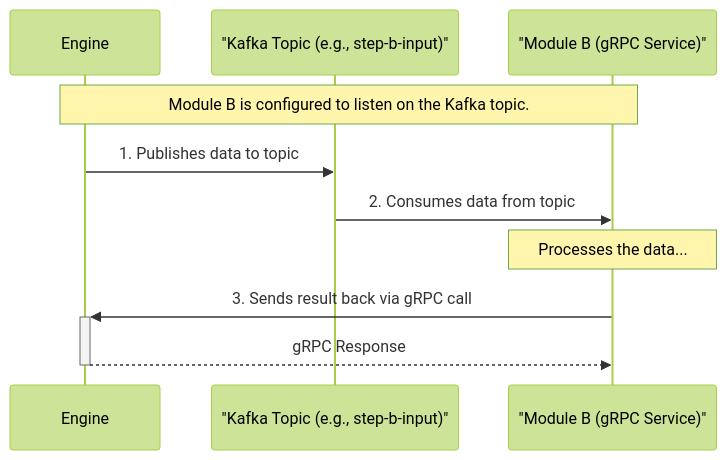
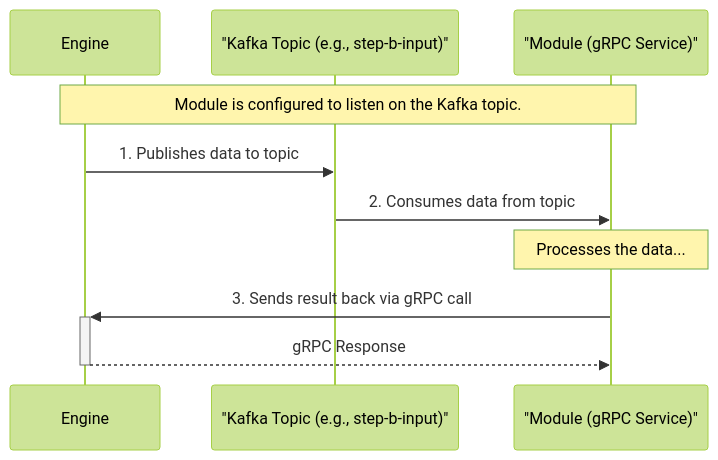
The tenth of 10 diagrams in ARCHITECTURE/Architecture_overview.md (krickert/rokkon), drawn with Mermaid (forest theme) before and after one commit. The commit also changed other lines of this file and 9 other files, not shown here.

````diff
--- a/ARCHITECTURE/Architecture_overview.md
+++ b/ARCHITECTURE/Architecture_overview.md
@@ -201,14 +201,14 @@
 ```mermaid
 sequenceDiagram
     participant Engine
     participant KafkaTopic as "Kafka Topic (e.g., step-b-input)"
-    participant ModuleB as "Module B (gRPC Service)"
+    participant Module as "Module (gRPC Service)"
 
-    Note over Engine, ModuleB: Module B is configured to listen on the Kafka topic.
+    Note over Engine, Module: Module is configured to listen on the Kafka topic.
 
     Engine->>KafkaTopic: 1. Publishes data to topic
-    KafkaTopic->>ModuleB: 2. Consumes data from topic
-    Note over ModuleB: Processes the data...
-    ModuleB->>+Engine: 3. Sends result back via gRPC call
-    Engine-->>-ModuleB: gRPC Response
+    KafkaTopic->>Module: 2. Consumes data from topic
+    Note over Module: Processes the data...
+    Module->>+Engine: 3. Sends result back via gRPC call
+    Engine-->>-Module: gRPC Response
 ```
````
